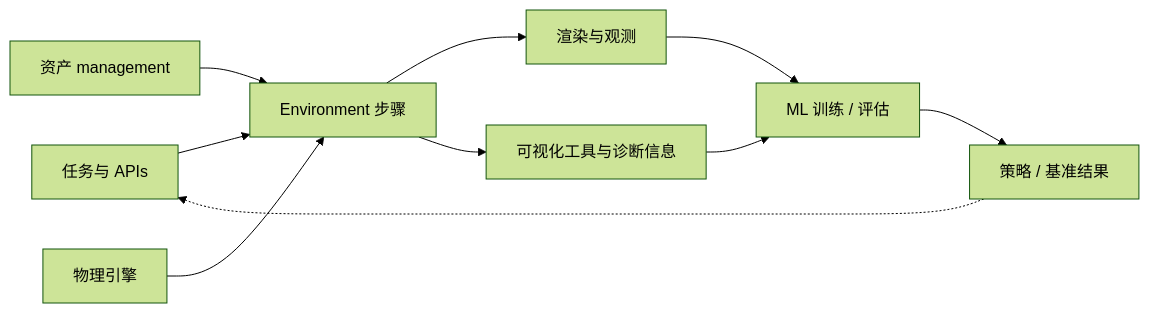
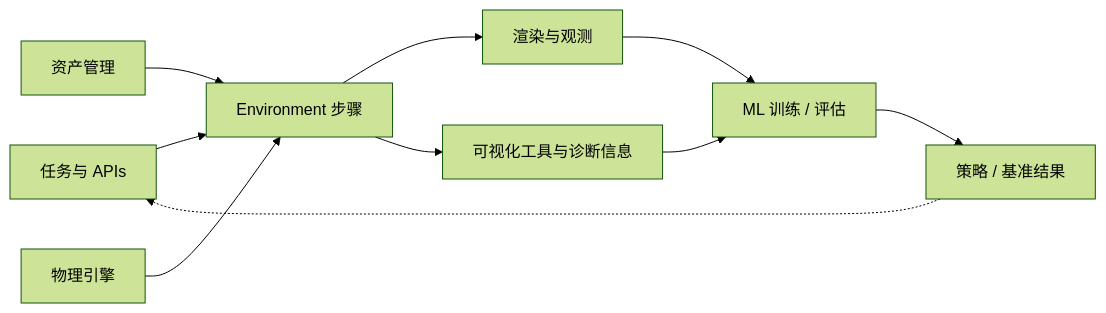
The diagram in wiki/concepts/RoboticsSimulationInfrastructure.md (niuverse/llm-wiki), drawn with Mermaid (forest theme) before and after one commit. The commit also changed other lines of this file and 143 other files, not shown here.

````diff
--- a/wiki/concepts/RoboticsSimulationInfrastructure.md
+++ b/wiki/concepts/RoboticsSimulationInfrastructure.md
@@ -31,12 +31,12 @@
 ```mermaid
 flowchart LR
   T["任务与 APIs"] --> E["Environment 步骤"]
-  A["资产 management"] --> E
+  A["资产管理"] --> E
   P["物理引擎"] --> E
   E --> R["渲染与观测"]
   E --> V["可视化工具与诊断信息"]
   R --> M["ML 训练 / 评估"]
   V --> M
   M --> PI["策略 / 基准结果"]
   PI -.-> T
 ```
````
